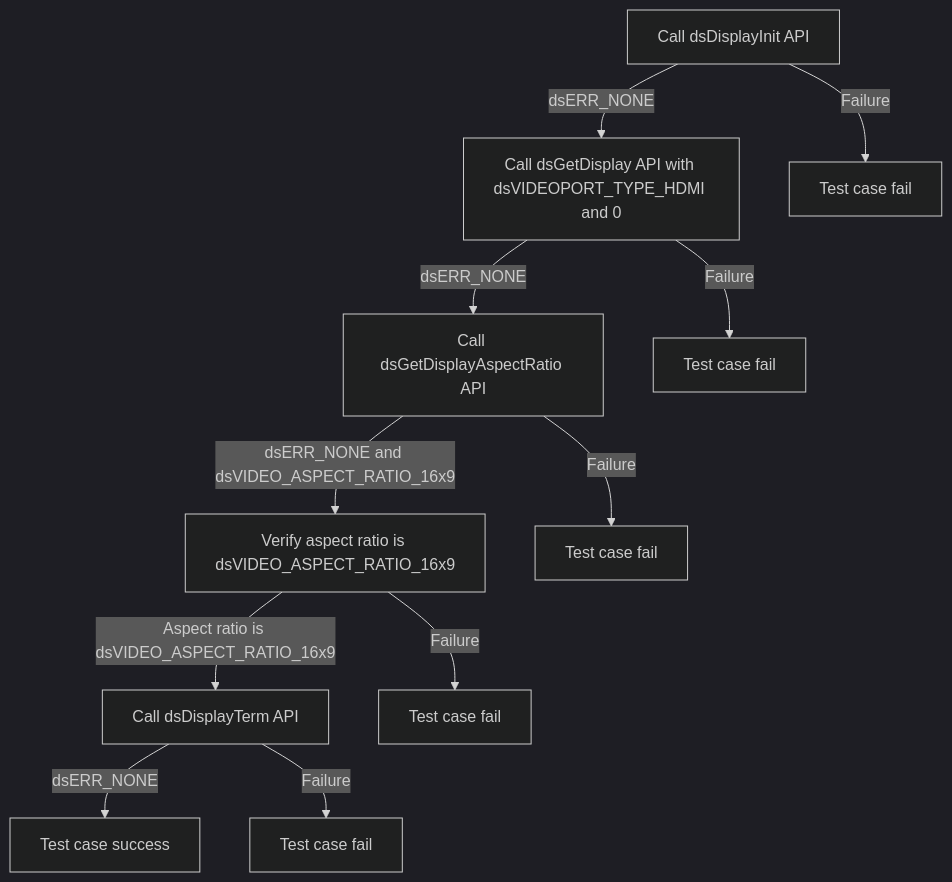
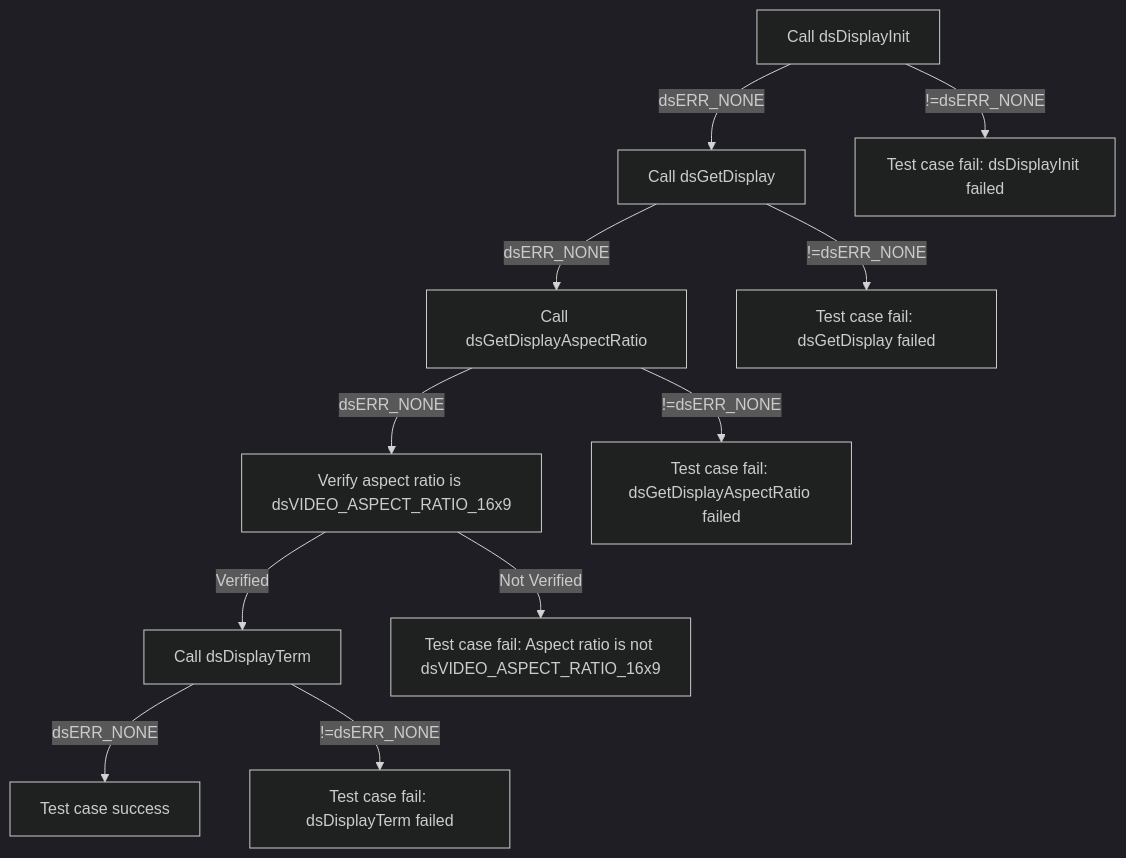
The second of 2 diagrams in docs/pages/dsDisplay_L2_Low-Level_TestSpecification.md (rdkcentral/rdk-halif-test-device_settings), drawn with Mermaid (dark theme) before and after one commit. The commit also changed other lines of this file and 6 other files, not shown here.

````diff
--- a/docs/pages/dsDisplay_L2_Low-Level_TestSpecification.md
+++ b/docs/pages/dsDisplay_L2_Low-Level_TestSpecification.md
@@ -117,13 +117,13 @@
 ```mermaid
 graph TB
-A[Call dsDisplayInit API] -->|dsERR_NONE| B[Call dsGetDisplay API with dsVIDEOPORT_TYPE_HDMI and 0]
-A -->|Failure| A1[Test case fail]
-B -->|dsERR_NONE| C[Call dsGetDisplayAspectRatio API]
-B -->|Failure| B1[Test case fail]
-C -->|dsERR_NONE and dsVIDEO_ASPECT_RATIO_16x9| D[Verify aspect ratio is dsVIDEO_ASPECT_RATIO_16x9]
-C -->|Failure| C1[Test case fail]
-D -->|Aspect ratio is dsVIDEO_ASPECT_RATIO_16x9| E[Call dsDisplayTerm API]
-D -->|Failure| D1[Test case fail]
+A[Call dsDisplayInit] -->|dsERR_NONE| B[Call dsGetDisplay]
+B -->|dsERR_NONE| C[Call dsGetDisplayAspectRatio]
+C -->|dsERR_NONE| D[Verify aspect ratio is dsVIDEO_ASPECT_RATIO_16x9]
+D -->|Verified| E[Call dsDisplayTerm]
 E -->|dsERR_NONE| F[Test case success]
-E -->|Failure| E1[Test case fail]
+A -->|!=dsERR_NONE| G[Test case fail: dsDisplayInit failed]
+B -->|!=dsERR_NONE| H[Test case fail: dsGetDisplay failed]
+C -->|!=dsERR_NONE| I[Test case fail: dsGetDisplayAspectRatio failed]
+D -->|Not Verified| J[Test case fail: Aspect ratio is not dsVIDEO_ASPECT_RATIO_16x9]
+E -->|!=dsERR_NONE| K[Test case fail: dsDisplayTerm failed]
 ```
````
